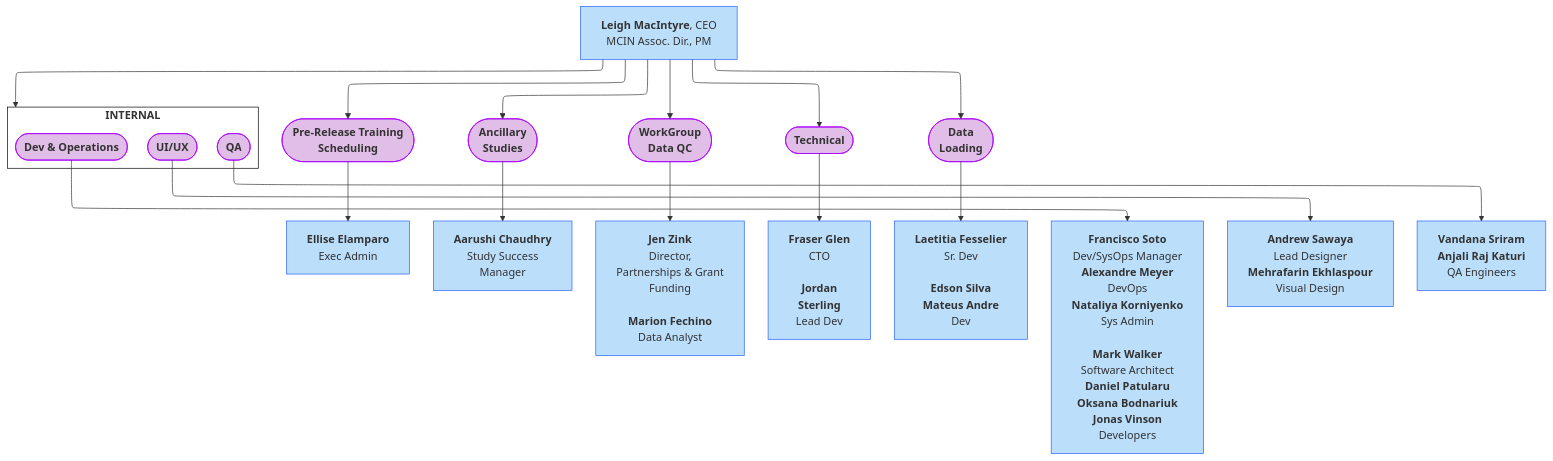
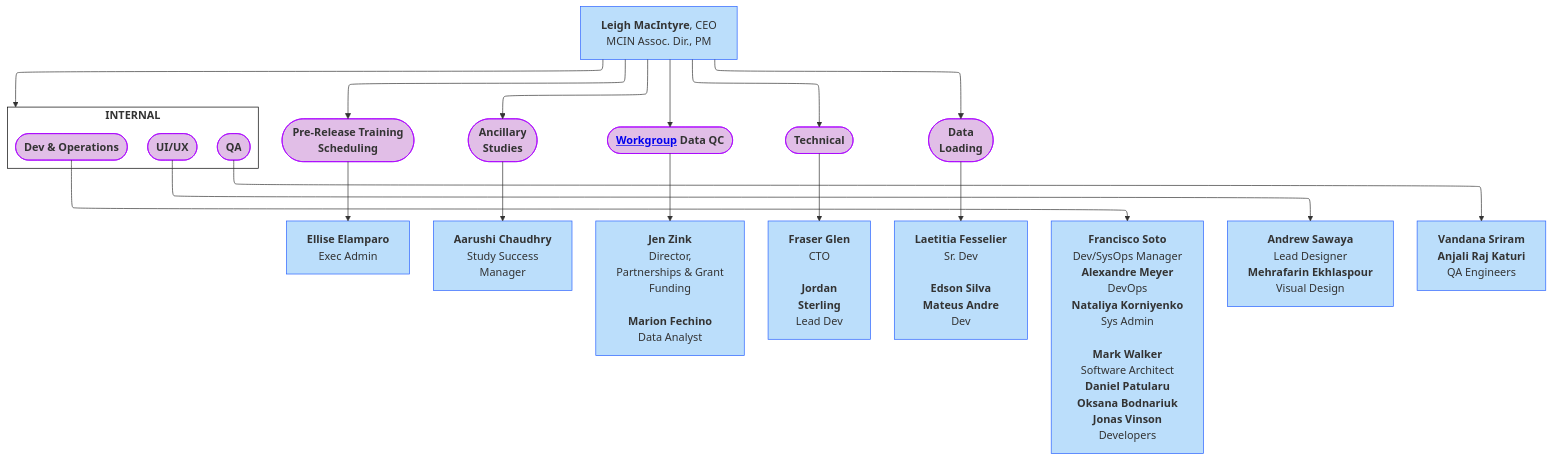
The third of 9 diagrams in docs/orgcharts.md (DCAN-Labs/hbcd-docs-internal), drawn with Mermaid before and after one commit. The commit also changed 3 other files, not shown here.

Commit message:
test embedding link into lasso diagram

````diff
--- a/docs/orgcharts.md
+++ b/docs/orgcharts.md
@@ -298,39 +298,39 @@
 ```mermaid
 ---
 config:
   layout: elk
 ---
 flowchart TB
  subgraph s1["<b>INTERNAL</b>"]
         n21(["<b>QA</b>"])
         n22(["<b>UI/UX</b>"])
         n23(["<b>Dev &amp; Operations</b>"])
   end
-    A["<b>Leigh MacIntyre</b>, CEO<br>MCIN Assoc. Dir., PM"] --> B(["<b>Pre-Release Training<br>Scheduling<br></b>"]) & n1(["<b>Ancillary<br>Studies</b>"]) & n2(["<b>WorkGroup<br>Data QC</b>"]) & n3(["<b>Technical</b>"]) & n4(["<b>Data<br>Loading</b>"]) & s1
+    A["<b>Leigh MacIntyre</b>, CEO<br>MCIN Assoc. Dir., PM"] --> B(["<b>Pre-Release Training<br>Scheduling<br></b>"]) & n1(["<b>Ancillary<br>Studies</b>"]) & n2(["<a href="https://hbcdstudy.org/workgroups-and-committees/"><b>Workgroup</a> Data QC</b>"]) & n3(["<b>Technical</b>"]) & n4(["<b>Data<br>Loading</b>"]) & s1
     B --> n5["<b>Ellise Elamparo</b><br>Exec Admin"]
     n1 --> n6["<b>Aarushi Chaudhry<br></b>Study Success<br>Manager"]
     n2 --> n7["<b>Jen Zink<br></b>Director,<br>Partnerships &amp; Grant<br>Funding<br><br><b>Marion Fechino</b><br>Data Analyst"]
     n3 --> n8["<b>Fraser Glen<br></b>CTO<br><br><b>Jordan<br>Sterling<br></b>Lead Dev"]
     n4 --> n9["<b>Laetitia Fesselier<br></b>Sr. Dev<br><b><br>Edson Silva</b><br><b>Mateus Andre<br></b>Dev"]
     n23 --> n24["<b>Francisco Soto</b><br>Dev/SysOps Manager<br><b>Alexandre Meyer</b><br>DevOps<br><b>Nataliya Korniyenko<br></b>Sys Admin<br><br><b>Mark Walker<br></b>Software Architect<br><b>Daniel Patularu</b><br><b>Oksana Bodnariuk<br>Jonas Vinson<br></b>Developers"]
     n22 --> n26["<b>Andrew Sawaya</b><br>Lead Designer<br><b>Mehrafarin Ekhlaspour</b><br>Visual Design"]
     n21 --> n27["<b>Vandana Sriram</b><br><b>Anjali Raj Katuri<br></b>QA Engineers"]
     style n21 fill:#E1BEE7,stroke:#AA00FF
     style n22 fill:#E1BEE7,stroke:#AA00FF
     style n23 fill:#E1BEE7,stroke:#AA00FF
     style A fill:#BBDEFB,stroke:#2962FF
     style B fill:#E1BEE7,stroke:#AA00FF
     style n1 fill:#E1BEE7,stroke:#AA00FF
     style n2 fill:#E1BEE7,stroke:#AA00FF
     style n3 fill:#E1BEE7,stroke:#AA00FF
     style n4 fill:#E1BEE7,stroke:#AA00FF
     style s1 fill:transparent,stroke:#000000
     style n5 fill:#BBDEFB,stroke:#2962FF
     style n6 fill:#BBDEFB,stroke:#2962FF
     style n7 fill:#BBDEFB,stroke:#2962FF
     style n8 fill:#BBDEFB,stroke:#2962FF
     style n9 fill:#BBDEFB,stroke:#2962FF
     style n24 fill:#BBDEFB,stroke:#2962FF
     style n26 fill:#BBDEFB,stroke:#2962FF
     style n27 fill:#BBDEFB,stroke:#2962FF
 ```
````
